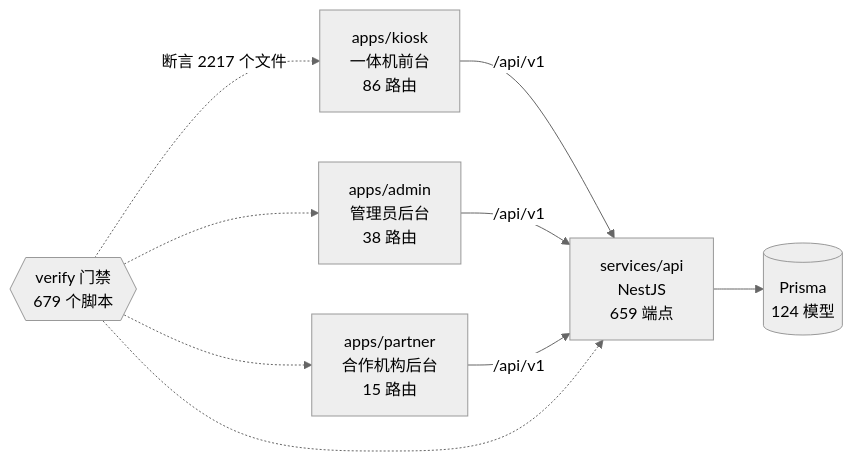
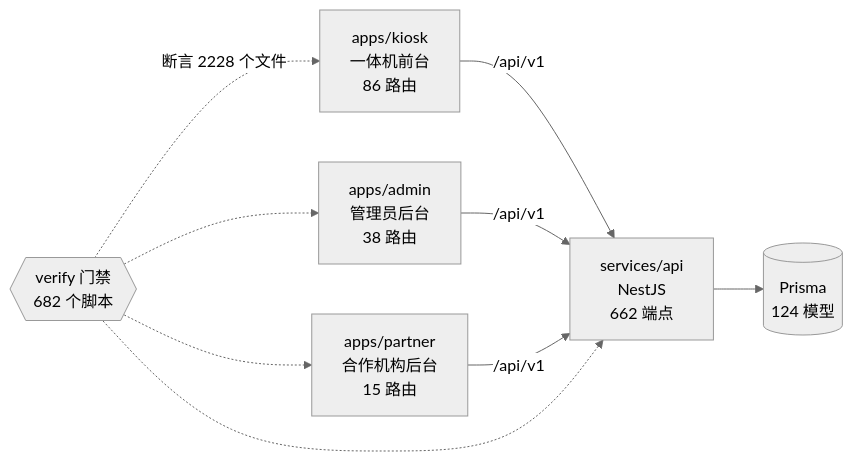
Before and after one commit to wanglei581/YITIJI: the diagram in docs/graph/README.md, drawn with Mermaid (neutral theme). The commit also changed other lines of this file and 2 other files, not shown here.

Commit message:
合并车 A：车尾图谱重生（四个 PR 并入后统一生成，--check 通过）

````diff
--- a/docs/graph/README.md
+++ b/docs/graph/README.md
@@ -68,18 +68,18 @@
 ```mermaid
 flowchart LR
   kiosk["apps/kiosk<br/>一体机前台<br/>86 路由"]
   admin["apps/admin<br/>管理员后台<br/>38 路由"]
   partner["apps/partner<br/>合作机构后台<br/>15 路由"]
-  api["services/api<br/>NestJS<br/>659 端点"]
+  api["services/api<br/>NestJS<br/>662 端点"]
   db[("Prisma<br/>124 模型")]
-  gates{{"verify 门禁<br/>679 个脚本"}}
+  gates{{"verify 门禁<br/>682 个脚本"}}
 
   kiosk -->|"/api/v1"| api
   admin -->|"/api/v1"| api
   partner -->|"/api/v1"| api
   api --> db
-  gates -.->|"断言 2217 个文件"| kiosk
+  gates -.->|"断言 2228 个文件"| kiosk
   gates -.-> admin
   gates -.-> partner
   gates -.-> api
 ```
````
